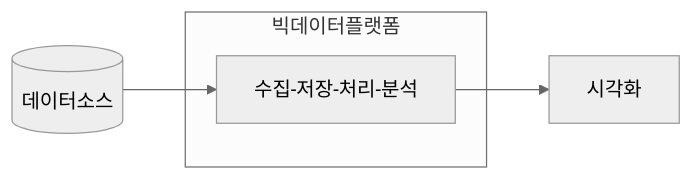
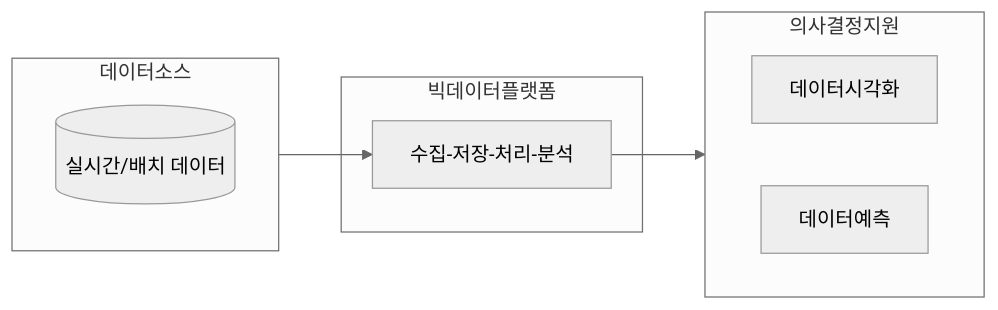
One commit to gracefullight/gracefullight.github.io changed the diagram in blog/pe/conv/bigdata-platform-architecture.md. Above: the diagram before and after it, drawn with Mermaid (neutral theme).

Commit message:
docs(pe): 📚️ bigdata

````diff
--- a/blog/pe/conv/bigdata-platform-architecture.md
+++ b/blog/pe/conv/bigdata-platform-architecture.md
@@ -19,8 +19,16 @@
 ```mermaid
 graph LR
-  데이터소스[(데이터소스)] --> 수집-저장-처리-분석 --> 시각화
-
+  데이터소스 --> 수집-저장-처리-분석 --> 의사결정지원
+  subgraph 데이터소스
+    실시간,배치[(실시간/배치 데이터)]
+  end
   subgraph 빅데이터플랫폼
     수집-저장-처리-분석
   end
+
+  subgraph 의사결정지원
+    direction LR
+    데이터시각화
+    데이터예측
+  end
 ```
````
